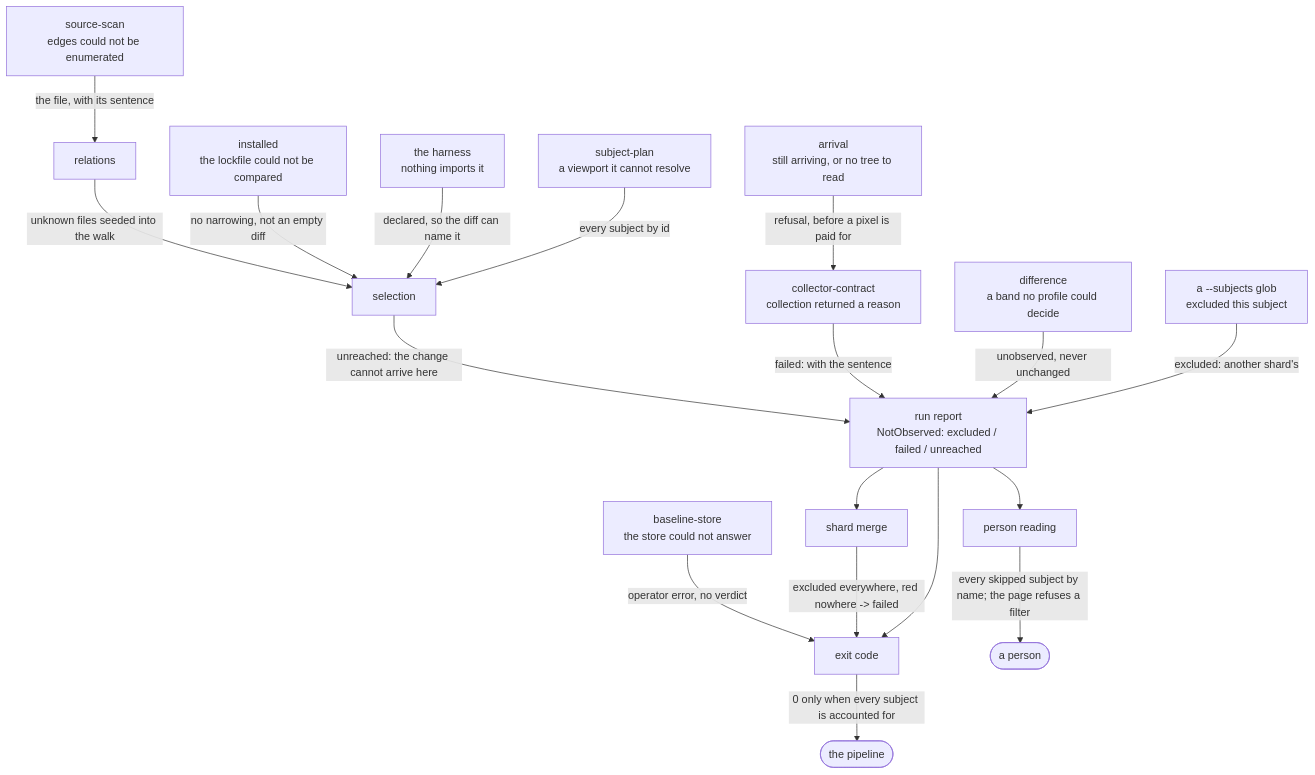
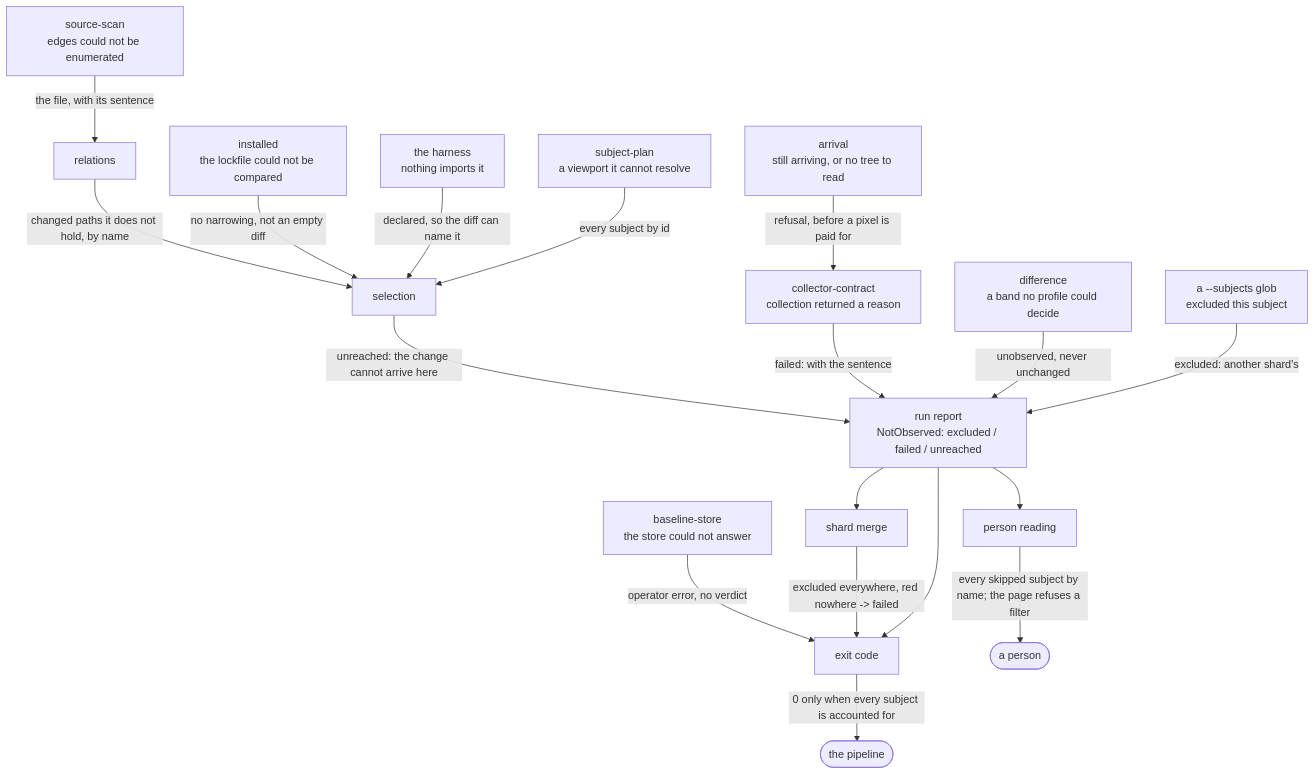
One commit to Variance-Authority/variance-authority changed the third of 4 diagrams in .compass/variance-authority/VIEWPORTS.md. Above: the diagram before and after it, drawn with Mermaid. The commit also changed other lines of this file and 7 other files, not shown here.

````diff
--- a/.compass/variance-authority/VIEWPORTS.md
+++ b/.compass/variance-authority/VIEWPORTS.md
@@ -513,24 +518,24 @@
 ```mermaid
 flowchart TB
   SCAN[source-scan<br/>edges could not be enumerated] -->|the file, with its sentence| REL[relations]
-  REL -->|unknown files seeded into the walk| SEL[selection]
+  REL -->|changed paths it does not hold, by name| SEL[selection]
   INS[installed<br/>the lockfile could not be compared] -->|no narrowing, not an empty diff| SEL
   BEFORE[the harness<br/>nothing imports it] -->|declared, so the diff can name it| SEL
   PLAN[subject-plan<br/>a viewport it cannot resolve] -->|every subject by id| SEL
   SEL -->|"unreached: the change cannot arrive here"| RR
 
   COLL[collector-contract<br/>collection returned a reason] -->|"failed: with the sentence"| RR
   ARR[arrival<br/>still arriving, or no tree to read] -->|refusal, before a pixel is paid for| COLL
   STORE[baseline-store<br/>the store could not answer] -->|operator error, no verdict| EXIT
   DIFF[difference<br/>a band no profile could decide] -->|"unobserved, never unchanged"| RR
   SHARD[a --subjects glob<br/>excluded this subject] -->|"excluded: another shard's"| RR
 
   RR[run report<br/>NotObserved: excluded / failed / unreached]
   RR --> SM[shard merge]
   SM -->|excluded everywhere, red nowhere -> failed| EXIT
   RR --> EXIT[exit code]
   RR --> PR[person reading]
 
   EXIT -->|0 only when every subject is accounted for| CI([the pipeline])
   PR -->|every skipped subject by name; the page refuses a filter| PERSON([a person])
 ```
````
